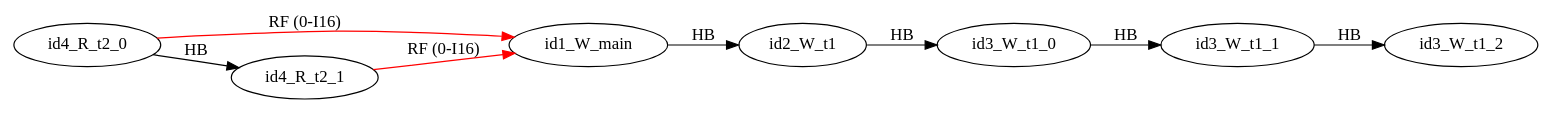
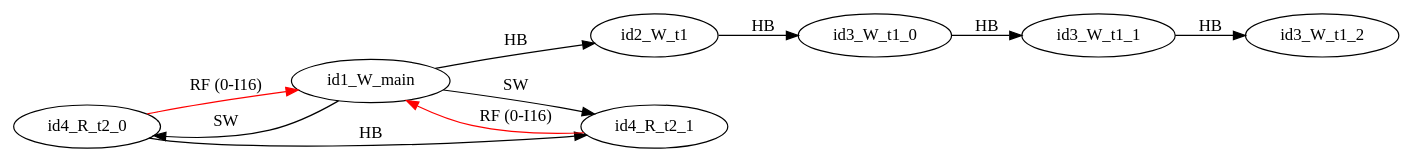
Before and after one commit to FMJS/EMME: the diagram in examples/single_var/sv_simple16/mm1.dot, drawn with Graphviz. The commit also changed 56 other files, not shown here.

```diff
--- a/examples/single_var/sv_simple16/mm1.dot
+++ b/examples/single_var/sv_simple16/mm1.dot
@@ -1,18 +1,20 @@
 digraph memory_model {
 rankdir=LR;
 splines=true; esep=0.5;
 id4_R_t2_0 -> id1_W_main [label = "RF (0-I16)", color="red"];
 id4_R_t2_1 -> id1_W_main [label = "RF (0-I16)", color="red"];
 id2_W_t1 -> id3_W_t1_0 [label = "HB", color="black"];
 id3_W_t1_0 -> id3_W_t1_1 [label = "HB", color="black"];
 id3_W_t1_1 -> id3_W_t1_2 [label = "HB", color="black"];
 id4_R_t2_0 -> id4_R_t2_1 [label = "HB", color="black"];
 id1_W_main -> id2_W_t1 [label = "HB", color="black"];
+id1_W_main -> id4_R_t2_0 [label = "SW", color="black"];
+id1_W_main -> id4_R_t2_1 [label = "SW", color="black"];
 id1_W_main [pos="2.5,8!"]
 id2_W_t1 [pos="0,6!"]
 id3_W_t1_0 [pos="0,4!"]
 id3_W_t1_1 [pos="0,2!"]
 id3_W_t1_2 [pos="0,0!"]
 id4_R_t2_0 [pos="5,6!"]
 id4_R_t2_1 [pos="5,4!"]
 }
```
